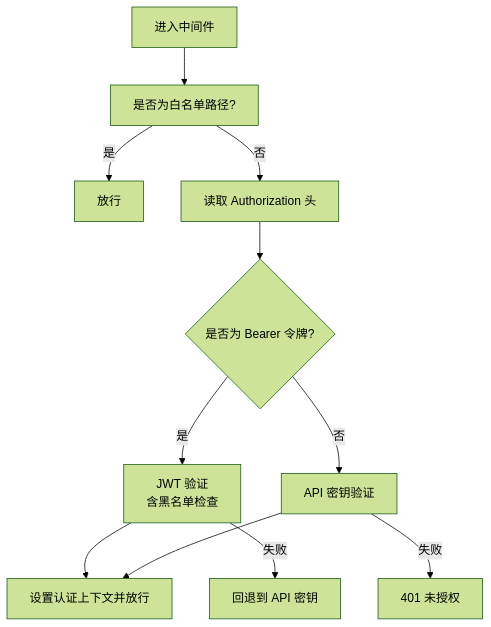
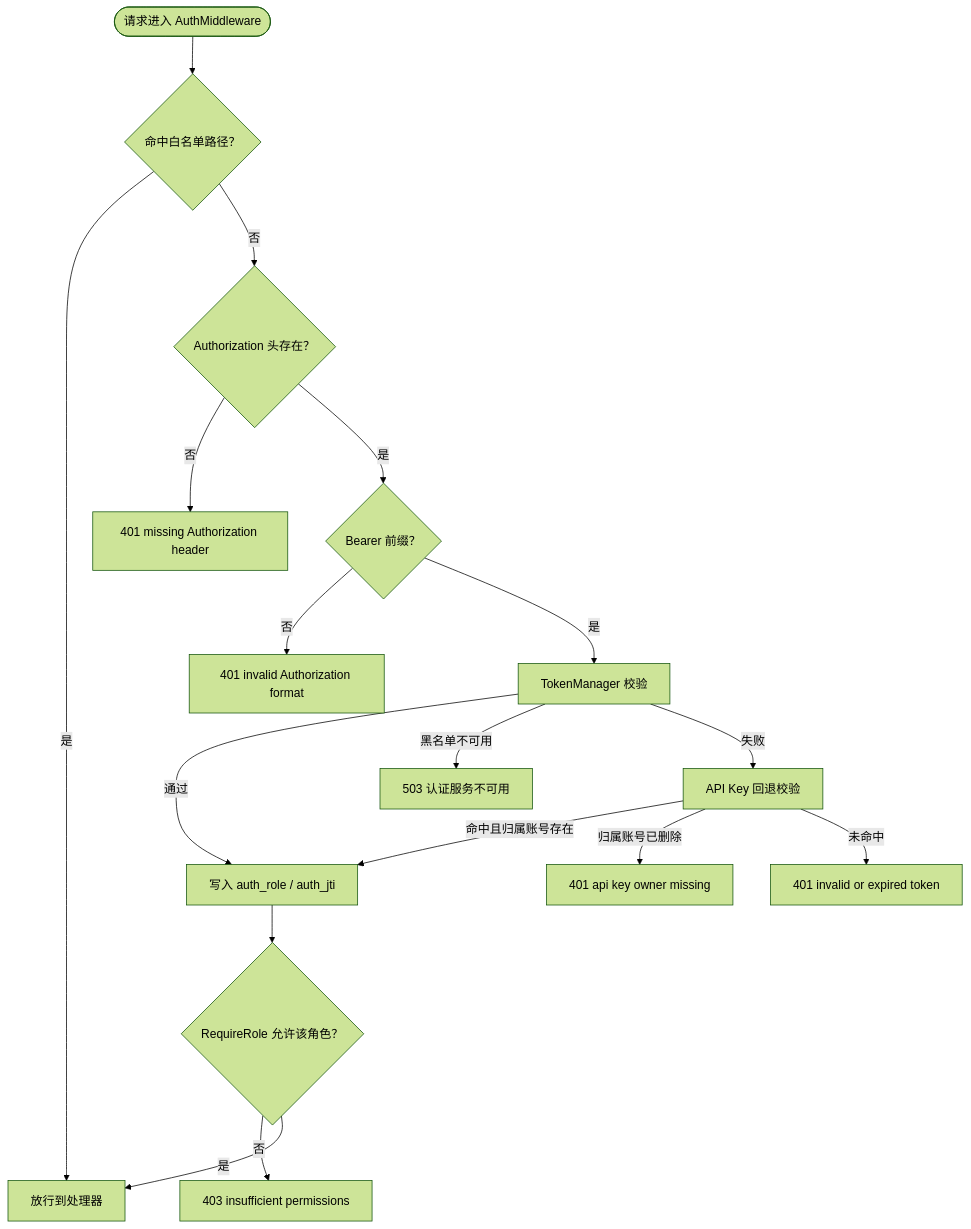
Before and after one commit to x01n/My-OpenWaf: the fourth of 5 diagrams in docs/管理 API 系统/REST API 设计规范/REST API 设计规范.md, drawn with Mermaid (forest theme). The commit also changed other lines of this file and 622 other files, not shown here.

````diff
--- a/docs/管理 API 系统/REST API 设计规范/REST API 设计规范.md
+++ b/docs/管理 API 系统/REST API 设计规范/REST API 设计规范.md
@@ -608,13 +264,19 @@
 ```mermaid
 flowchart TD
-A["进入中间件"] --> W["是否为白名单路径?"]
-W --> |是| Next["放行"]
-W --> |否| Auth["读取 Authorization 头"]
-Auth --> HasBearer{"是否为 Bearer 令牌?"}
-HasBearer --> |是| VerifyJWT["JWT 验证<br/>含黑名单检查"]
-HasBearer --> |否| VerifyAPI["API 密钥验证"]
-VerifyJWT --> OK["设置认证上下文并放行"]
-VerifyAPI --> OK
-VerifyJWT --> |失败| Fallback["回退到 API 密钥"]
-VerifyAPI --> |失败| Abort["401 未授权"]
+Start(["请求进入 AuthMiddleware"]) --> WL{"命中白名单路径？"}
+WL --> |是| Pass["放行到处理器"]
+WL --> |否| HasHdr{"Authorization 头存在？"}
+HasHdr --> |否| E401["401 missing Authorization header"]
+HasHdr --> |是| IsBearer{"Bearer 前缀？"}
+IsBearer --> |否| E401F["401 invalid Authorization format"]
+IsBearer --> |是| JWT["TokenManager 校验"]
+JWT --> |通过| Ctx["写入 auth_role / auth_jti"]
+JWT --> |黑名单不可用| E503["503 认证服务不可用"]
+JWT --> |失败| Key["API Key 回退校验"]
+Key --> |命中且归属账号存在| Ctx
+Key --> |归属账号已删除| E401O["401 api key owner missing"]
+Key --> |未命中| E401T["401 invalid or expired token"]
+Ctx --> Role{"RequireRole 允许该角色？"}
+Role --> |否| E403["403 insufficient permissions"]
+Role --> |是| Pass
 ```
````
